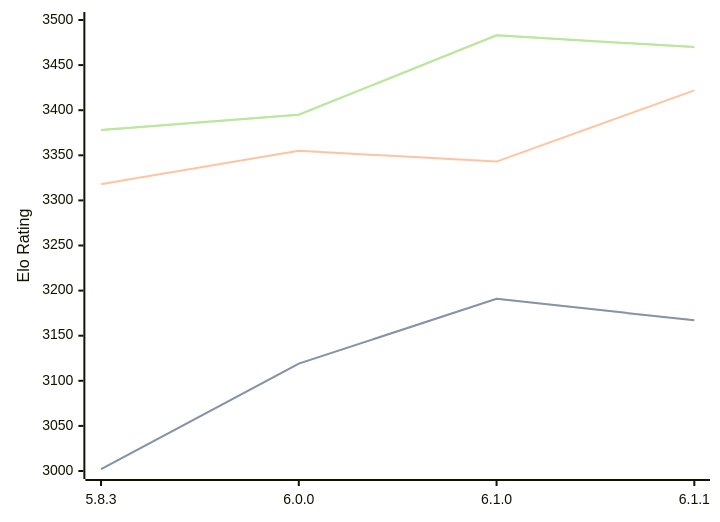
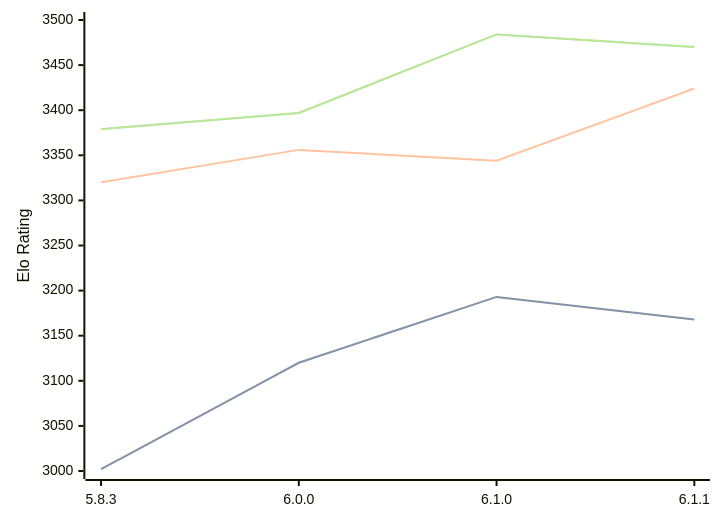
One commit to computer-chess-index/cci changed the diagram in engines/Zigqueen.md. Above: the diagram before and after it, drawn with Mermaid. The commit also changed other lines of this file, not shown here.

Commit message:
Update CCI Ratings (ELO VLTC) - 2026-09-13

````diff
--- a/engines/Zigqueen.md
+++ b/engines/Zigqueen.md
@@ -38,11 +38,11 @@
 ```mermaid
 %%{init: {"theme":"base","themeVariables":{"seriesColors:['#a3a3a3','#222221','#faa371']}}}%%
 xychart-beta
   x-axis ["5.8.3", "6.0.0", "6.1.0", "6.1.1"]
   y-axis "Elo Rating" 3000 --> 3500
-  line "" [3002, 3119, 3191, 3167]
-  line "STC (8.0+0.08s)" [3002, 3119, 3191, 3167]
-  line "LTC (60.0+0.60s)" [3318, 3355, 3343, 3422]
-  line "" [3378, 3395, 3483, 3470]
-  line "VLTC (2m24s+1.12s)" [3378, 3395, 3483, 3470]
+  line "" [3002, 3120, 3193, 3168]
+  line "STC (8.0+0.08s)" [3002, 3120, 3193, 3168]
+  line "LTC (60.0+0.60s)" [3320, 3356, 3344, 3424]
+  line "" [3379, 3397, 3484, 3470]
+  line "VLTC (2m24s+1.12s)" [3379, 3397, 3484, 3470]
 ```
````
